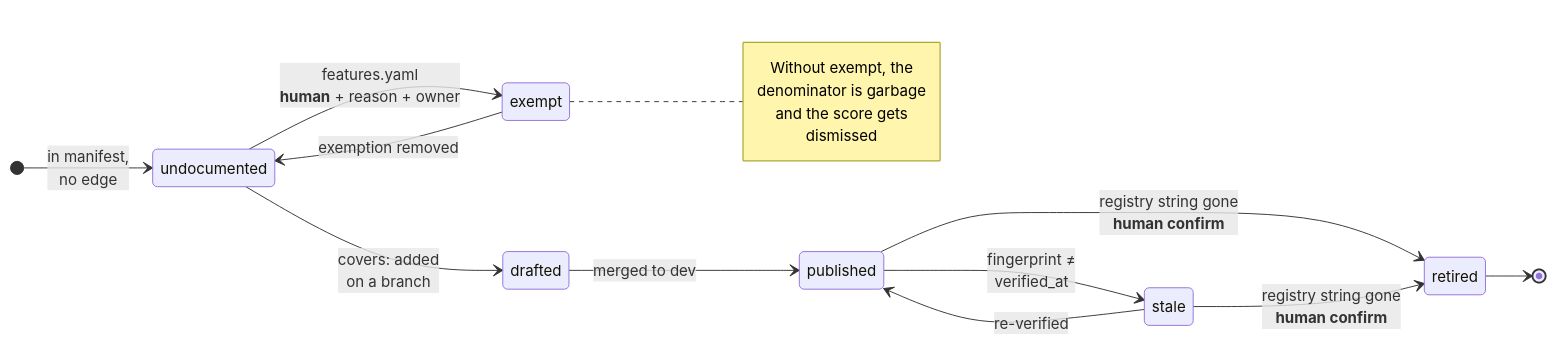
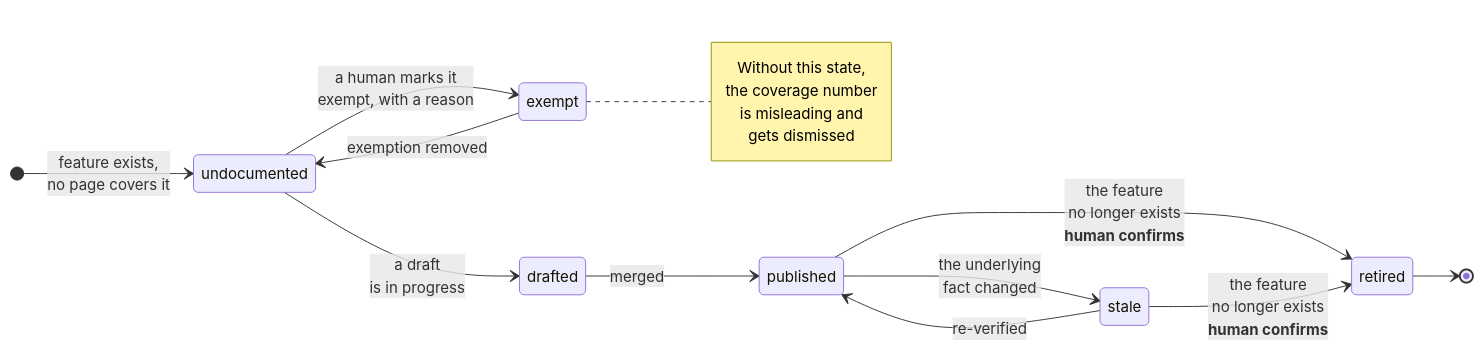
One commit to netwrix/docs changed the fifth of 7 diagrams in docsync/xchange-article.md. Above: the diagram before and after it, drawn with Mermaid. The commit also changed other lines of this file, not shown here.

````diff
--- a/docsync/xchange-article.md
+++ b/docsync/xchange-article.md
@@ -255,21 +236,21 @@
 ```mermaid
 stateDiagram-v2
   direction LR
-  [*] --> undocumented: in manifest,<br/>no edge
-  undocumented --> drafted: covers: added<br/>on a branch
-  drafted --> published: merged to dev
-  published --> stale: fingerprint ≠<br/>verified_at
+  [*] --> undocumented: feature exists,<br/>no page covers it
+  undocumented --> drafted: a draft<br/>is in progress
+  drafted --> published: merged
+  published --> stale: the underlying<br/>fact changed
   stale --> published: re-verified
-  undocumented --> exempt: features.yaml<br/><b>human</b> + reason + owner
+  undocumented --> exempt: a human marks it<br/>exempt, with a reason
   exempt --> undocumented: exemption removed
-  published --> retired: registry string gone<br/><b>human confirm</b>
-  stale --> retired: registry string gone<br/><b>human confirm</b>
+  published --> retired: the feature<br/>no longer exists<br/><b>human confirms</b>
+  stale --> retired: the feature<br/>no longer exists<br/><b>human confirms</b>
   retired --> [*]
 
   note right of exempt
-    Without exempt, the
-    denominator is garbage
-    and the score gets
-    dismissed
+    Without this state,
+    the coverage number
+    is misleading and
+    gets dismissed
   end note
 ```
````
